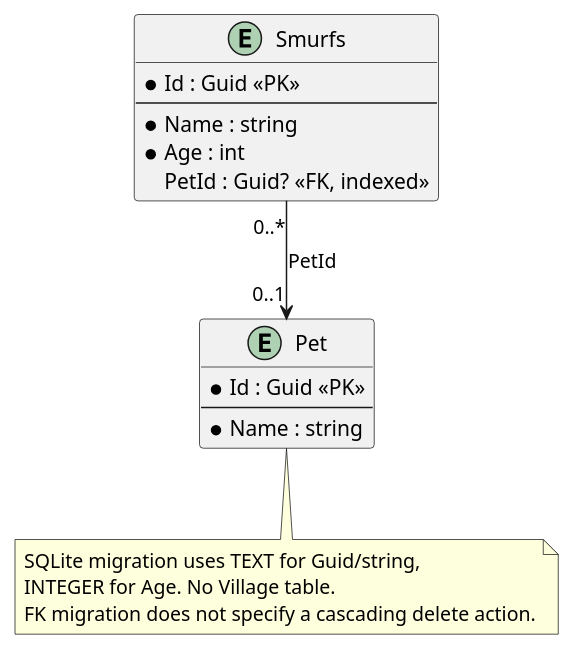
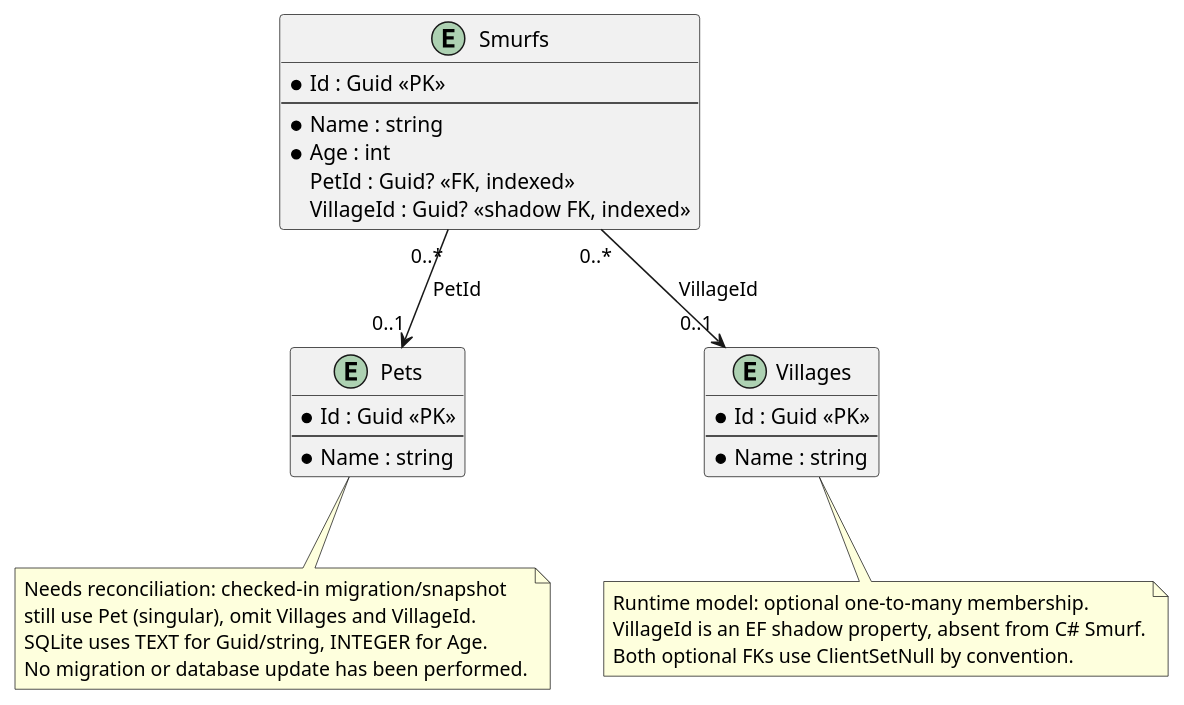
Before and after one commit to EbbeMeloSorensen/Smurfs: the diagram in docs/structural/diagrams/persistence-model.puml, drawn with PlantUML. The commit also changed 8 other files, not shown here.

```diff
--- a/docs/structural/diagrams/persistence-model.puml
+++ b/docs/structural/diagrams/persistence-model.puml
@@ -1,22 +1,35 @@
 @startuml
-' Current migration/snapshot and convention-based DataContext model.
+' Current convention-based runtime model; migration snapshot is older.
 hide methods
 entity "Smurfs" as SmurfTable {
   * Id : Guid <<PK>>
   --
   * Name : string
   * Age : int
   PetId : Guid? <<FK, indexed>>
+  VillageId : Guid? <<shadow FK, indexed>>
 }
-entity "Pet" as PetTable {
+entity "Pets" as PetTable {
+  * Id : Guid <<PK>>
+  --
+  * Name : string
+}
+entity "Villages" as VillageTable {
   * Id : Guid <<PK>>
   --
   * Name : string
 }
 SmurfTable "0..*" --> "0..1" PetTable : PetId
+SmurfTable "0..*" --> "0..1" VillageTable : VillageId
+note bottom of VillageTable
+  Runtime model: optional one-to-many membership.
+  VillageId is an EF shadow property, absent from C# Smurf.
+  Both optional FKs use ClientSetNull by convention.
+end note
 note bottom of PetTable
-  SQLite migration uses TEXT for Guid/string,
-  INTEGER for Age. No Village table.
-  FK migration does not specify a cascading delete action.
+  Needs reconciliation: checked-in migration/snapshot
+  still use Pet (singular), omit Villages and VillageId.
+  SQLite uses TEXT for Guid/string, INTEGER for Age.
+  No migration or database update has been performed.
 end note
 @enduml
```
